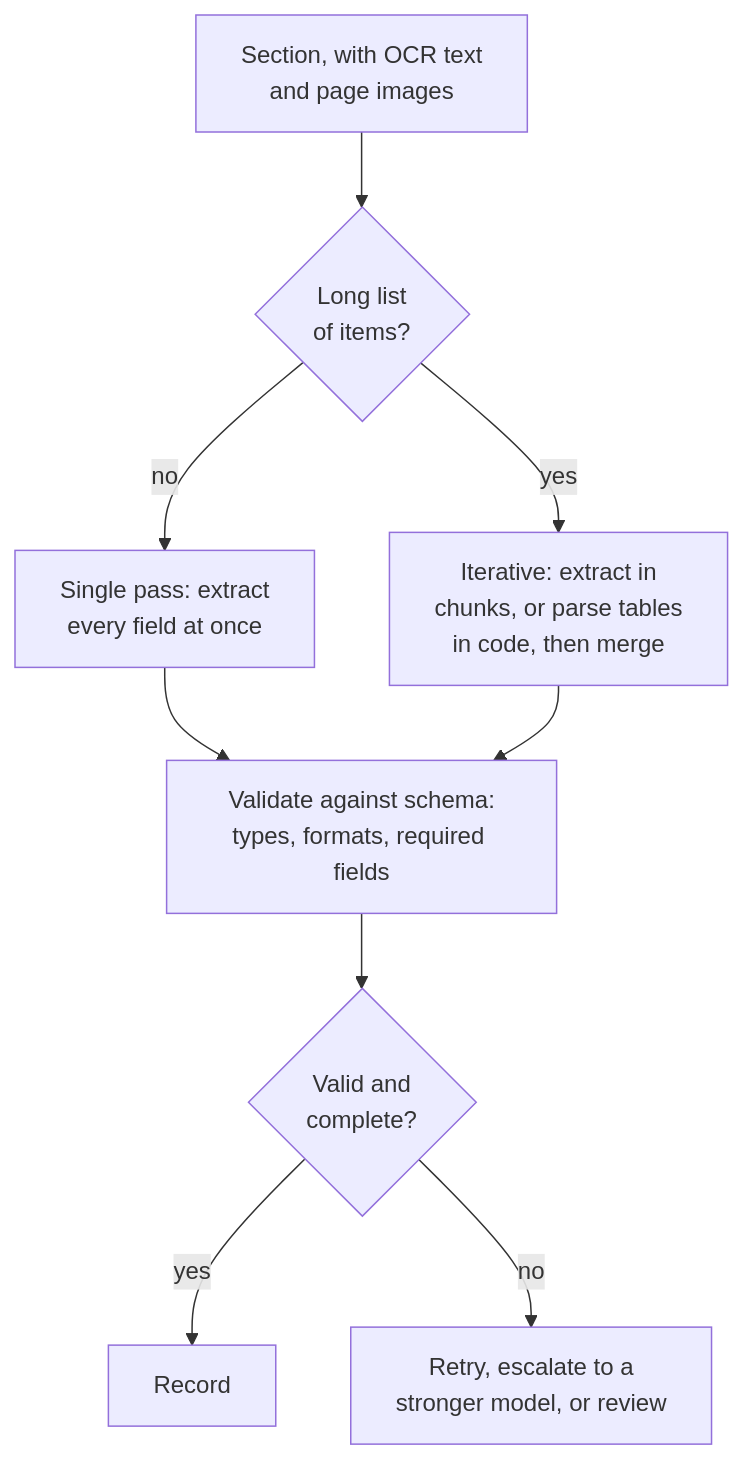
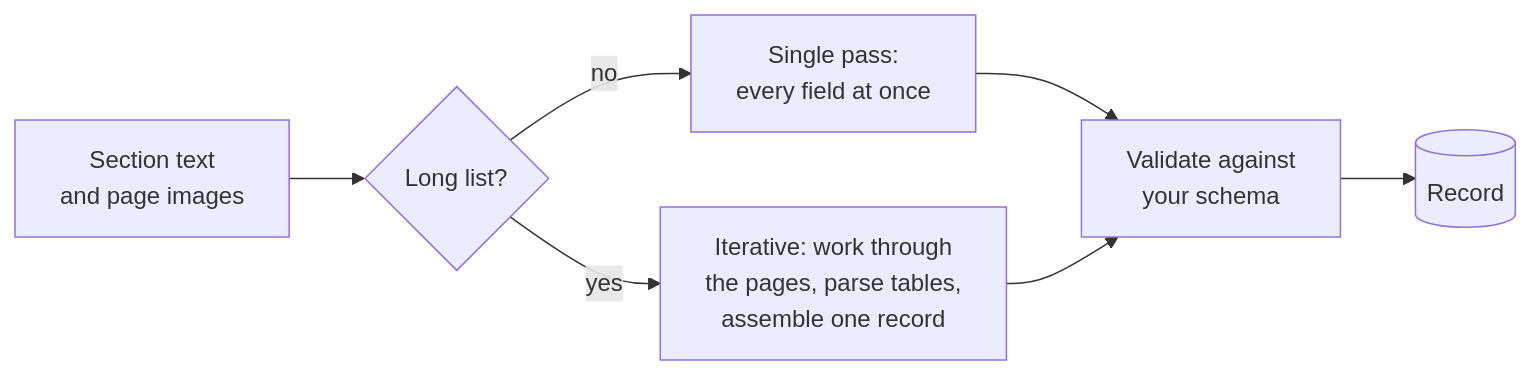
The diagram in docs/idp-fundamentals/extraction.md (aws-solutions-library-samples/accelerated-intelligent-document-processing-on-aws), drawn with Mermaid before and after one commit. The commit also changed other lines of this file and 7 other files, not shown here.

````diff
--- a/docs/idp-fundamentals/extraction.md
+++ b/docs/idp-fundamentals/extraction.md
@@ -59,11 +66,9 @@
 ```mermaid
-flowchart TD
-    A["Section, with OCR text<br/>and page images"] --> B{"Long list<br/>of items?"}
-    B -- no --> C["Single pass: extract<br/>every field at once"]
-    B -- yes --> D["Iterative: extract in<br/>chunks, or parse tables<br/>in code, then merge"]
-    C --> E["Validate against schema:<br/>types, formats, required fields"]
+flowchart LR
+    A["Section text<br/>and page images"] --> B{"Long list?"}
+    B -- no --> C["Single pass:<br/>every field at once"]
+    B -- yes --> D["Iterative: work through<br/>the pages, parse tables,<br/>assemble one record"]
+    C --> E["Validate against<br/>your schema"]
     D --> E
-    E --> F{"Valid and<br/>complete?"}
-    F -- yes --> G[Record]
-    F -- no --> H["Retry, escalate to a<br/>stronger model, or review"]
+    E --> F[("Record")]
 ```
````
